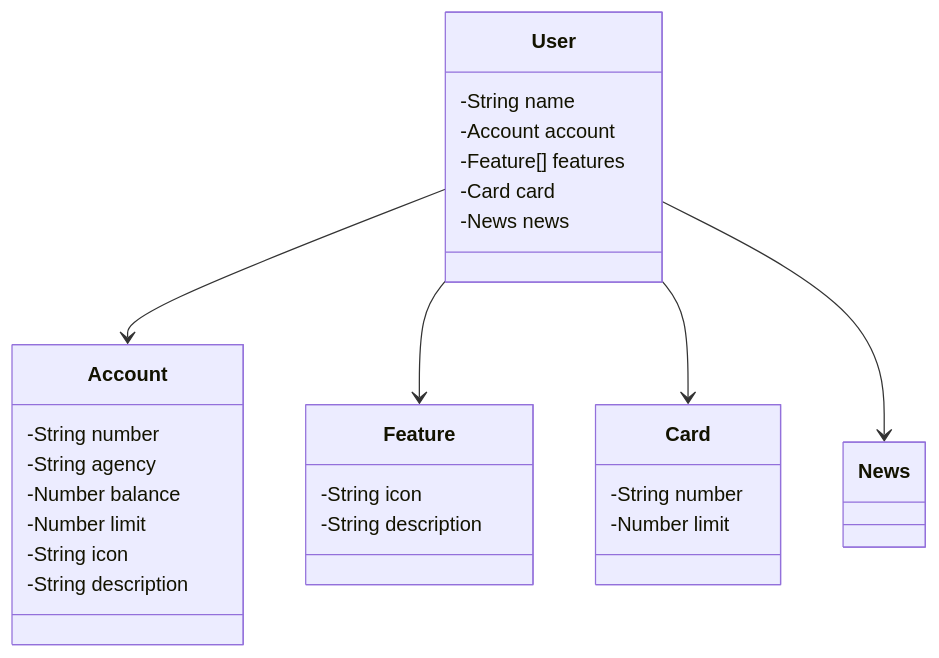
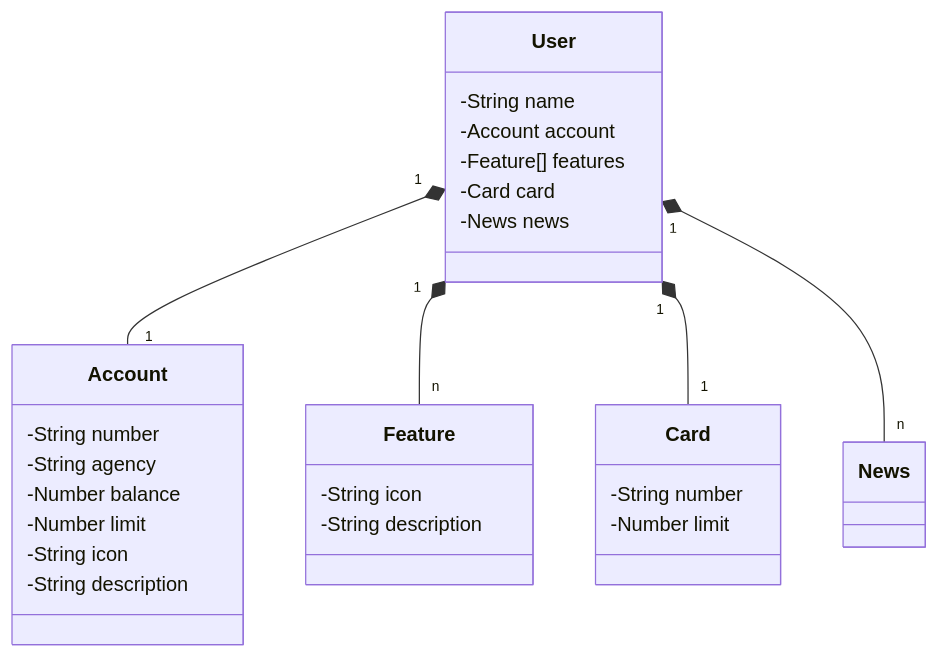
Before and after one commit to dantas-barreto/api_project: the diagram in README.md, drawn with Mermaid.

````diff
--- a/README.md
+++ b/README.md
@@ -6,36 +6,36 @@
 ```mermaid
 classDiagram
   class User {
     -String name
     -Account account
     -Feature[] features
     -Card card
     -News news
   }
 
   class Account {
     -String number
     -String agency
     -Number balance
     -Number limit
   }
 
   class Feature {
     -String icon
     -String description
   }
 
   class Card {
     -String number
     -Number limit
   }
 
   class Account {
     -String icon
     -String description
   }
-  User --> Account
-  User --> Feature
-  User --> Card
-  User --> News
+  User "1" *-- "1" Account
+  User "1" *-- "n" Feature
+  User "1" *-- "1" Card
+  User "1" *-- "n" News
 ```
````
